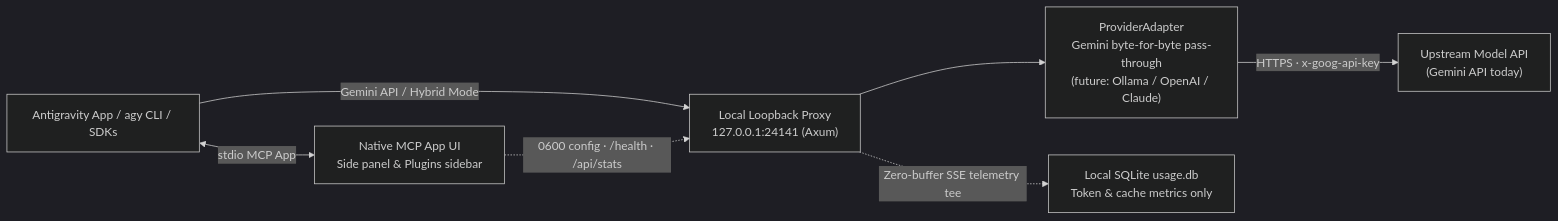
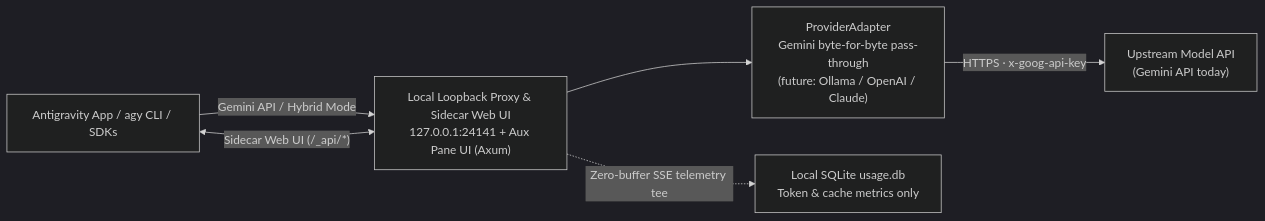
Before and after one commit to Jacksunwei/agy-companion: the diagram in README.md, drawn with Mermaid (dark theme). The commit also changed other lines of this file and 73 other files, not shown here.

First line of the commit message:
refactor(ui): drop legacy mcp app and standardize on sidecar web ui (#60)

````diff
--- a/README.md
+++ b/README.md
@@ -164,16 +164,14 @@
 ```mermaid
 flowchart LR
     Client["Antigravity App / agy CLI / SDKs"]
-    Proxy["Local Loopback Proxy<br/>127.0.0.1:24141 (Axum)"]
+    Proxy["Local Loopback Proxy & Sidecar Web UI<br/>127.0.0.1:24141 + Aux Pane UI (Axum)"]
     Adapter["ProviderAdapter<br/>Gemini byte-for-byte pass-through<br/>(future: Ollama / OpenAI / Claude)"]
     Upstream["Upstream Model API<br/>(Gemini API today)"]
     Usage["Local SQLite usage.db<br/>Token & cache metrics only"]
-    Mcp["Native MCP App UI<br/>Side panel & Plugins sidebar"]
 
     Client -->|"Gemini API / Hybrid Mode"| Proxy
+    Client <-->|"Sidecar Web UI (/_api/*)"| Proxy
     Proxy --> Adapter
     Adapter -->|"HTTPS · x-goog-api-key"| Upstream
     Proxy -.->|"Zero-buffer SSE telemetry tee"| Usage
-    Client <-->|"stdio MCP App"| Mcp
-    Mcp -.->|"0600 config · /health · /api/stats"| Proxy
 ```
````
